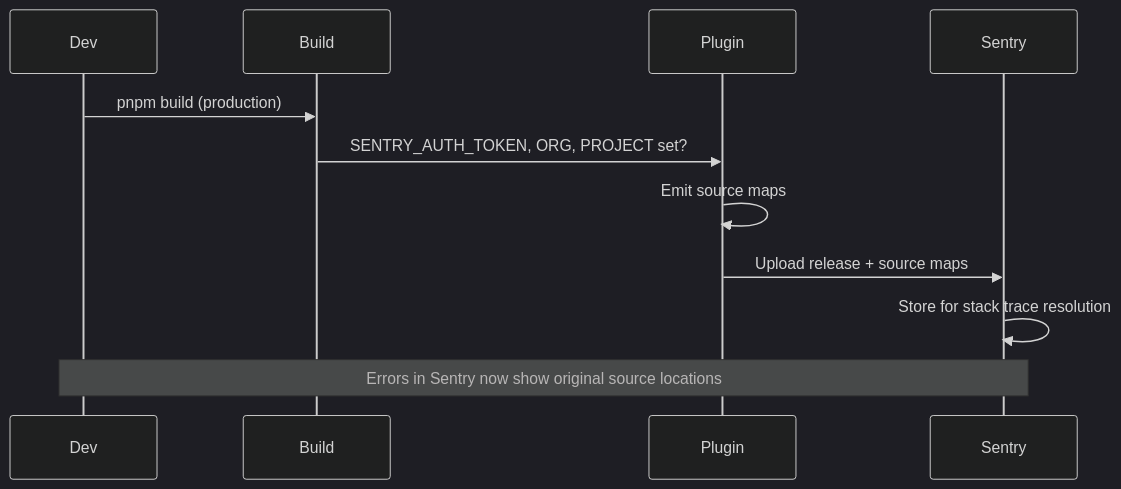
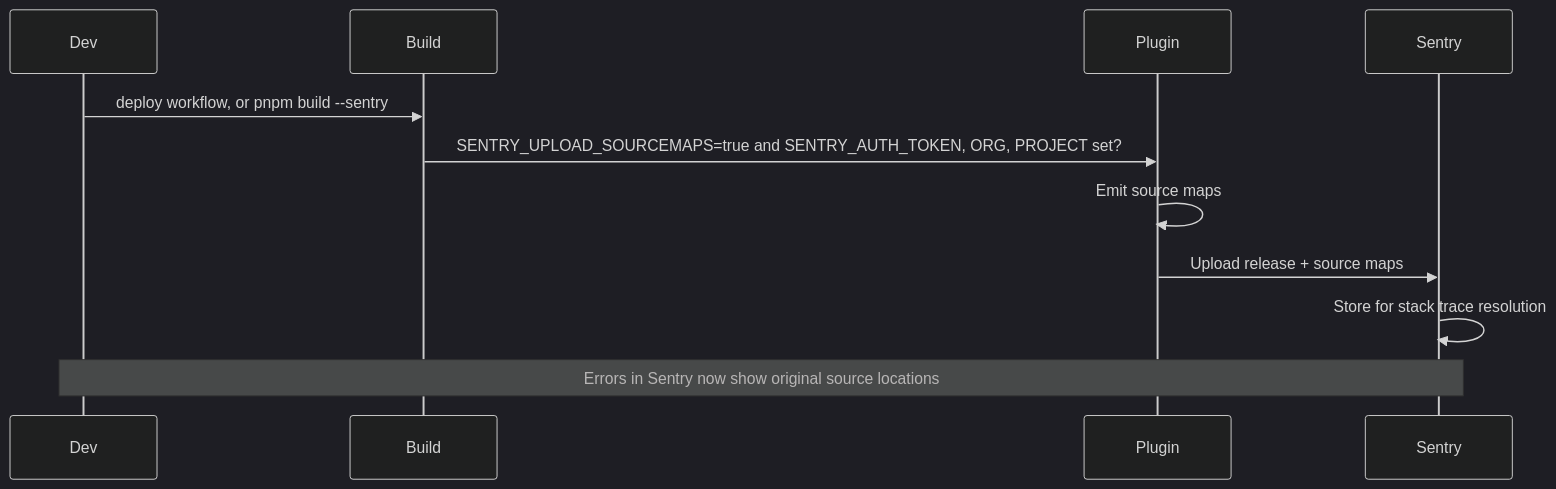
Before and after one commit to albetrios/clinozy-fe: the diagram in docs/integrations/sentry-sourcemaps.md, drawn with Mermaid (dark theme). The commit also changed other lines of this file and 9 other files, not shown here.

First line of the commit message:
feat(build): upload source maps to Sentry only when a build asks

````diff
--- a/docs/integrations/sentry-sourcemaps.md
+++ b/docs/integrations/sentry-sourcemaps.md
@@ -8,13 +8,13 @@
 ```mermaid
 sequenceDiagram
   participant Dev
   participant Build
   participant Plugin
   participant Sentry
-  Dev->>Build: pnpm build (production)
-  Build->>Plugin: SENTRY_AUTH_TOKEN, ORG, PROJECT set?
+  Dev->>Build: deploy workflow, or pnpm build --sentry
+  Build->>Plugin: SENTRY_UPLOAD_SOURCEMAPS=true and SENTRY_AUTH_TOKEN, ORG, PROJECT set?
   Plugin->>Plugin: Emit source maps
   Plugin->>Sentry: Upload release + source maps
   Sentry->>Sentry: Store for stack trace resolution
   Note over Dev,Sentry: Errors in Sentry now show original source locations
 ```
````
